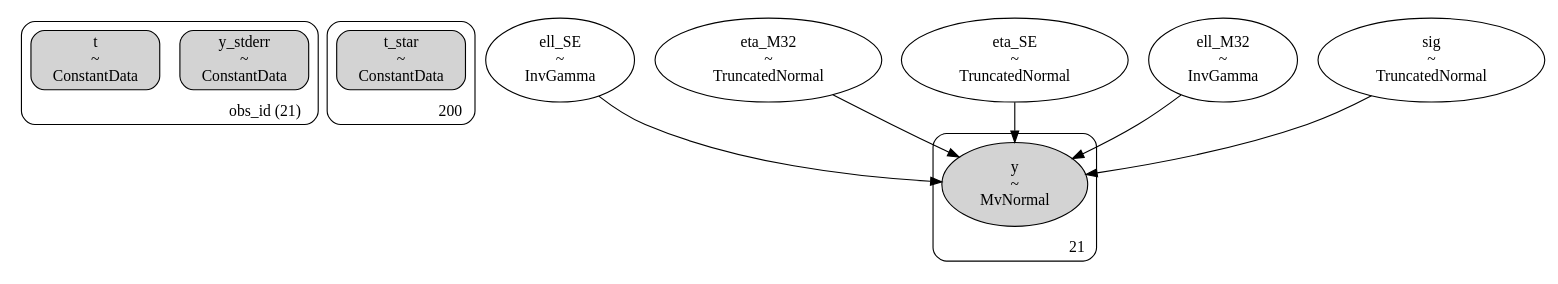
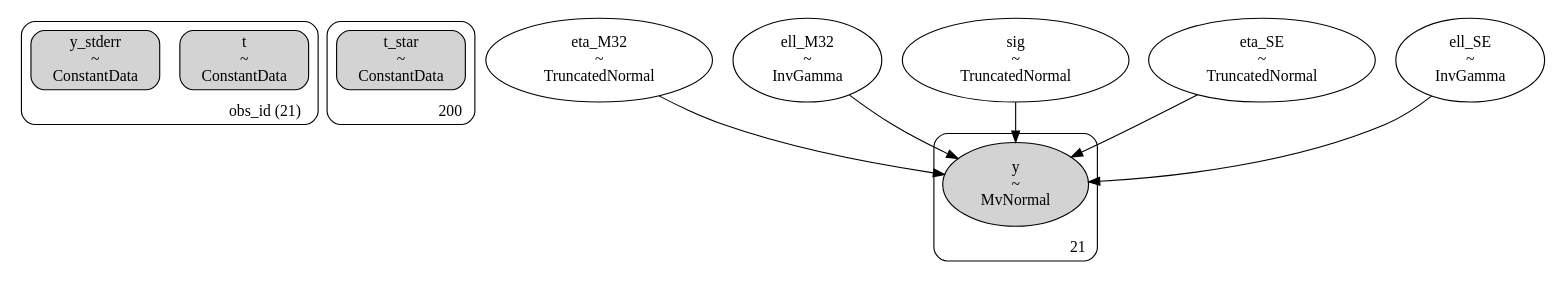
The diagram in dags/428_ra236.530_dec-46.922_4U1543TraPDB_andersson_gpSE_gpM32_dag.dot (shihchingfu/gp-sandbox-thunderkat), drawn with Graphviz before and after one commit. The commit also changed other lines of this file and 14 other files, not shown here.

```diff
--- a/dags/428_ra236.530_dec-46.922_4U1543TraPDB_andersson_gpSE_gpM32_dag.dot
+++ b/dags/428_ra236.530_dec-46.922_4U1543TraPDB_andersson_gpSE_gpM32_dag.dot
@@ -1,43 +1,43 @@
 digraph {
 	subgraph "clusterobs_id (21)" {
-		y_stderr [label="y_stderr
+		t [label="t
 ~
 ConstantData" shape=box style="rounded, filled"]
-		t [label="t
+		y_stderr [label="y_stderr
 ~
 ConstantData" shape=box style="rounded, filled"]
 		label="obs_id (21)" labeljust=r labelloc=b style=rounded
 	}
 	subgraph cluster200 {
 		t_star [label="t_star
 ~
 ConstantData" shape=box style="rounded, filled"]
 		label=200 labeljust=r labelloc=b style=rounded
 	}
-	ell_SE [label="ell_SE
-~
-InvGamma" shape=ellipse]
 	eta_M32 [label="eta_M32
-~
-TruncatedNormal" shape=ellipse]
-	eta_SE [label="eta_SE
 ~
 TruncatedNormal" shape=ellipse]
 	ell_M32 [label="ell_M32
 ~
 InvGamma" shape=ellipse]
 	sig [label="sig
 ~
 TruncatedNormal" shape=ellipse]
+	eta_SE [label="eta_SE
+~
+TruncatedNormal" shape=ellipse]
+	ell_SE [label="ell_SE
+~
+InvGamma" shape=ellipse]
 	subgraph cluster21 {
 		y [label="y
 ~
 MvNormal" shape=ellipse style=filled]
 		label=21 labeljust=r labelloc=b style=rounded
 	}
+	eta_M32 -> y
+	eta_SE -> y
 	ell_SE -> y
-	eta_M32 -> y
 	ell_M32 -> y
-	eta_SE -> y
 	sig -> y
 }
```
